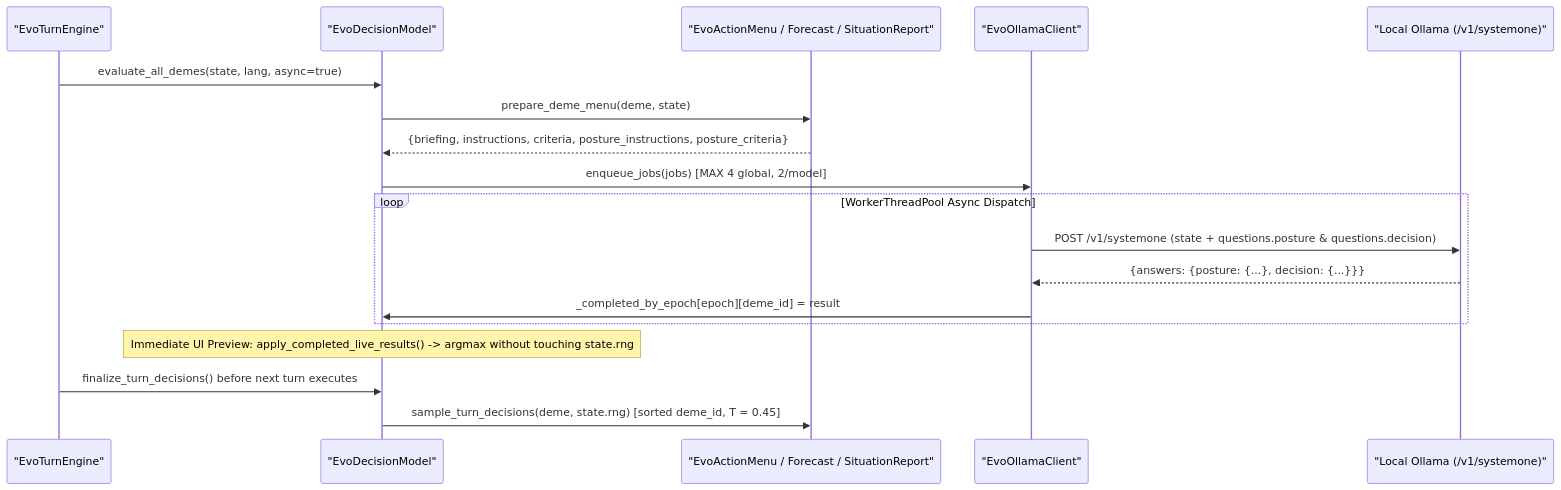
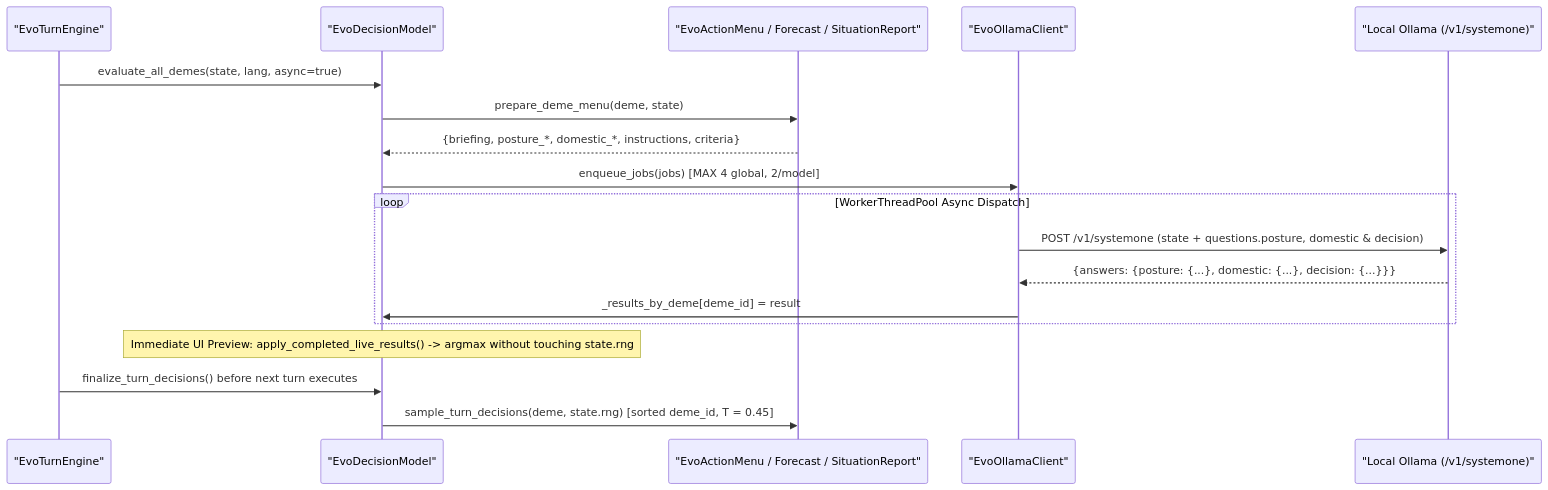
One commit to arrase/Evolution changed the diagram in gh-pages/cognitive_engine.md. Above: the diagram before and after it, drawn with Mermaid. The commit also changed other lines of this file and 31 other files, not shown here.

````diff
--- a/gh-pages/cognitive_engine.md
+++ b/gh-pages/cognitive_engine.md
@@ -9,21 +9,21 @@
 ```mermaid
 sequenceDiagram
     participant Turn as "EvoTurnEngine"
     participant DM as "EvoDecisionModel"
     participant Agency as "EvoActionMenu / Forecast / SituationReport"
     participant Client as "EvoOllamaClient"
     participant Ollama as "Local Ollama (/v1/systemone)"
 
     Turn->>DM: evaluate_all_demes(state, lang, async=true)
     DM->>Agency: prepare_deme_menu(deme, state)
-    Agency-->>DM: {briefing, instructions, criteria, posture_instructions, posture_criteria}
+    Agency-->>DM: {briefing, posture_*, domestic_*, instructions, criteria}
     DM->>Client: enqueue_jobs(jobs) [MAX 4 global, 2/model]
     loop WorkerThreadPool Async Dispatch
-        Client->>Ollama: POST /v1/systemone (state + questions.posture & questions.decision)
-        Ollama-->>Client: {answers: {posture: {...}, decision: {...}}}
-        Client->>DM: _completed_by_epoch[epoch][deme_id] = result
+        Client->>Ollama: POST /v1/systemone (state + questions.posture, domestic & decision)
+        Ollama-->>Client: {answers: {posture: {...}, domestic: {...}, decision: {...}}}
+        Client->>DM: _results_by_deme[deme_id] = result
     end
     Note over DM: Immediate UI Preview: apply_completed_live_results() -> argmax without touching state.rng
     Turn->>DM: finalize_turn_decisions() before next turn executes
     DM->>Agency: sample_turn_decisions(deme, state.rng) [sorted deme_id, T = 0.45]
 ```
````
